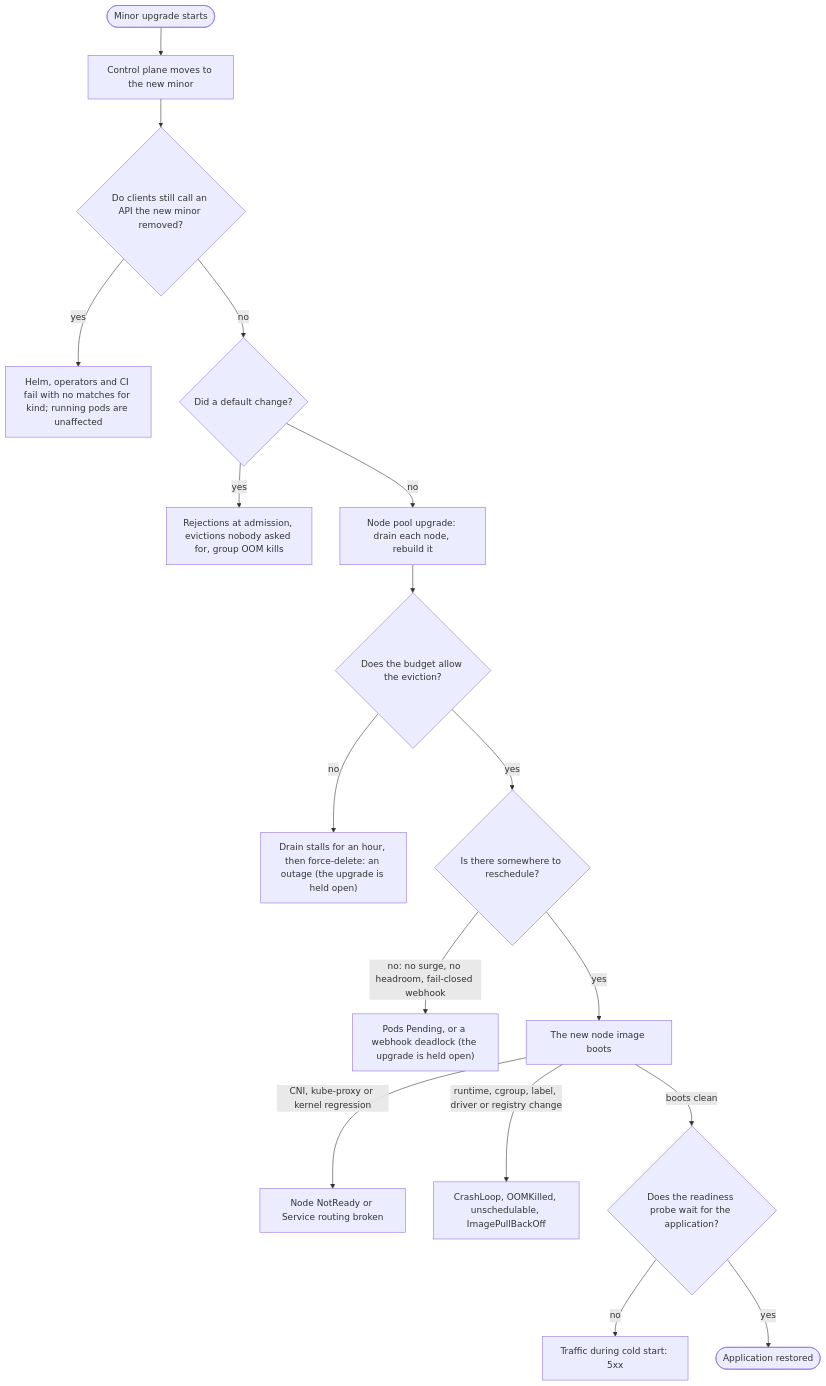
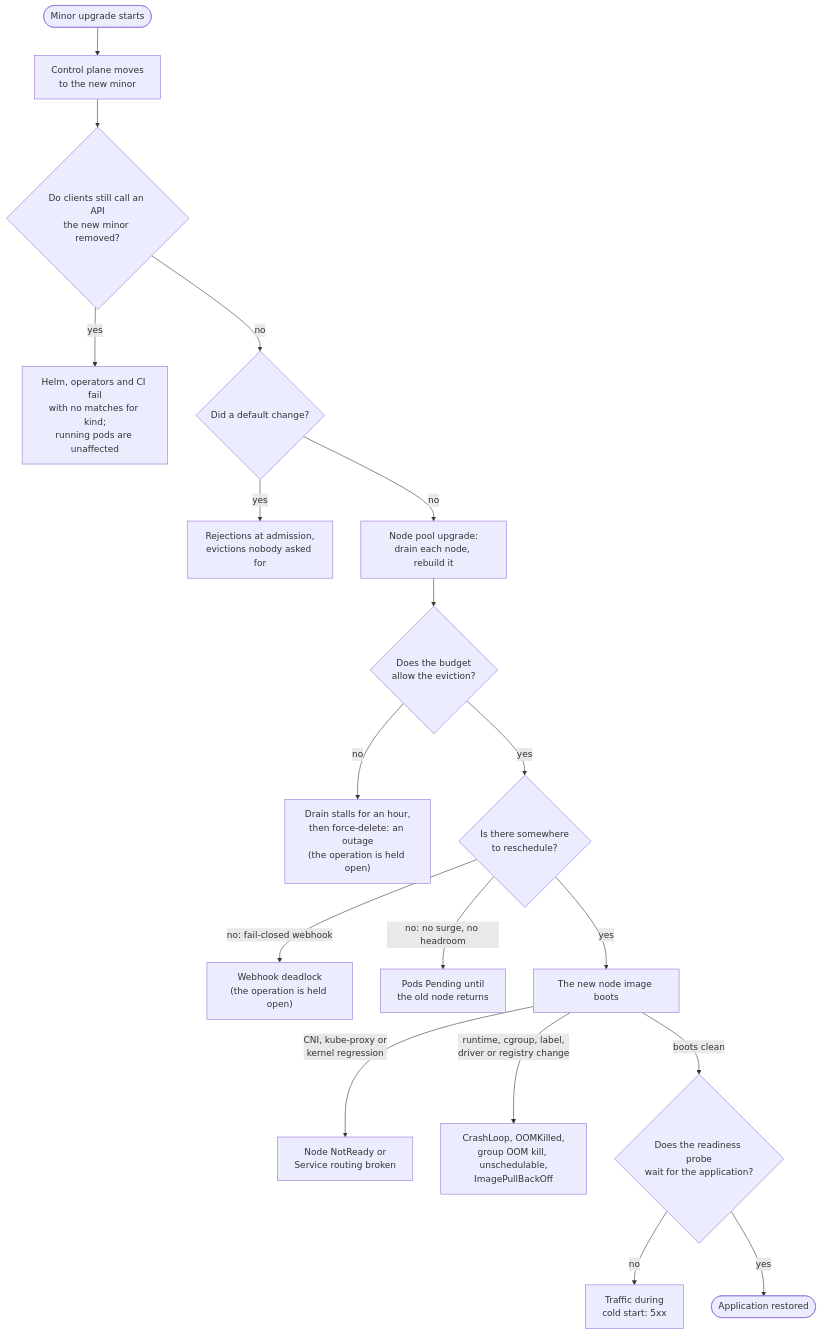
Before and after one commit to gke-labs/kube-agents: the diagram in docs/designs/upgrade-failure-catalogue.md, drawn with Mermaid. The commit also changed other lines of this file, not shown here.

Commit message:
docs(designs): place the group OOM kill row with the node image and tighten the diagram

````diff
--- a/docs/designs/upgrade-failure-catalogue.md
+++ b/docs/designs/upgrade-failure-catalogue.md
@@ -79,19 +80,20 @@
 ```mermaid
-graph TD
-    Start([Minor upgrade starts]) --> CP[Control plane moves to the new minor]
-    CP --> Removed{Do clients still call an API the new minor removed?}
-    Removed -- yes --> APIDep["Helm, operators and CI fail with no matches for kind; running pods are unaffected"]
+flowchart TD
+    Start([Minor upgrade starts]) --> CP[Control plane moves<br/>to the new minor]
+    CP --> Removed{Do clients still call an API<br/>the new minor removed?}
+    Removed -- yes --> APIDep["Helm, operators and CI fail<br/>with no matches for kind;<br/>running pods are unaffected"]
     Removed -- no --> Defaults{Did a default change?}
-    Defaults -- yes --> Adm["Rejections at admission, evictions nobody asked for, group OOM kills"]
-    Defaults -- no --> Pool[Node pool upgrade: drain each node, rebuild it]
-    Pool --> PDB{Does the budget allow the eviction?}
-    PDB -- no --> Stall["Drain stalls for an hour, then force-delete: an outage (the upgrade is held open)"]
-    PDB -- yes --> Room{Is there somewhere to reschedule?}
-    Room -- "no: no surge, no headroom, fail-closed webhook" --> Pending["Pods Pending, or a webhook deadlock (the upgrade is held open)"]
+    Defaults -- yes --> Adm["Rejections at admission,<br/>evictions nobody asked for"]
+    Defaults -- no --> Pool[Node pool upgrade:<br/>drain each node, rebuild it]
+    Pool --> PDB{Does the budget<br/>allow the eviction?}
+    PDB -- no --> Stall["Drain stalls for an hour,<br/>then force-delete: an outage<br/>(the operation is held open)"]
+    PDB -- yes --> Room{Is there somewhere<br/>to reschedule?}
+    Room -- "no: fail-closed webhook" --> Deadlock["Webhook deadlock<br/>(the operation is held open)"]
+    Room -- "no: no surge, no headroom" --> Pending["Pods Pending until<br/>the old node returns"]
     Room -- yes --> Image[The new node image boots]
-    Image -- "CNI, kube-proxy or kernel regression" --> Net[Node NotReady or Service routing broken]
-    Image -- "runtime, cgroup, label, driver or registry change" --> Crash[CrashLoop, OOMKilled, unschedulable, ImagePullBackOff]
-    Image -- boots clean --> Ready{Does the readiness probe wait for the application?}
-    Ready -- no --> Cold[Traffic during cold start: 5xx]
+    Image -- "CNI, kube-proxy or<br/>kernel regression" --> Net[Node NotReady or<br/>Service routing broken]
+    Image -- "runtime, cgroup, label,<br/>driver or registry change" --> Crash["CrashLoop, OOMKilled,<br/>group OOM kill, unschedulable,<br/>ImagePullBackOff"]
+    Image -- boots clean --> Ready{Does the readiness probe<br/>wait for the application?}
+    Ready -- no --> Cold[Traffic during<br/>cold start: 5xx]
     Ready -- yes --> OK([Application restored])
 ```
````
